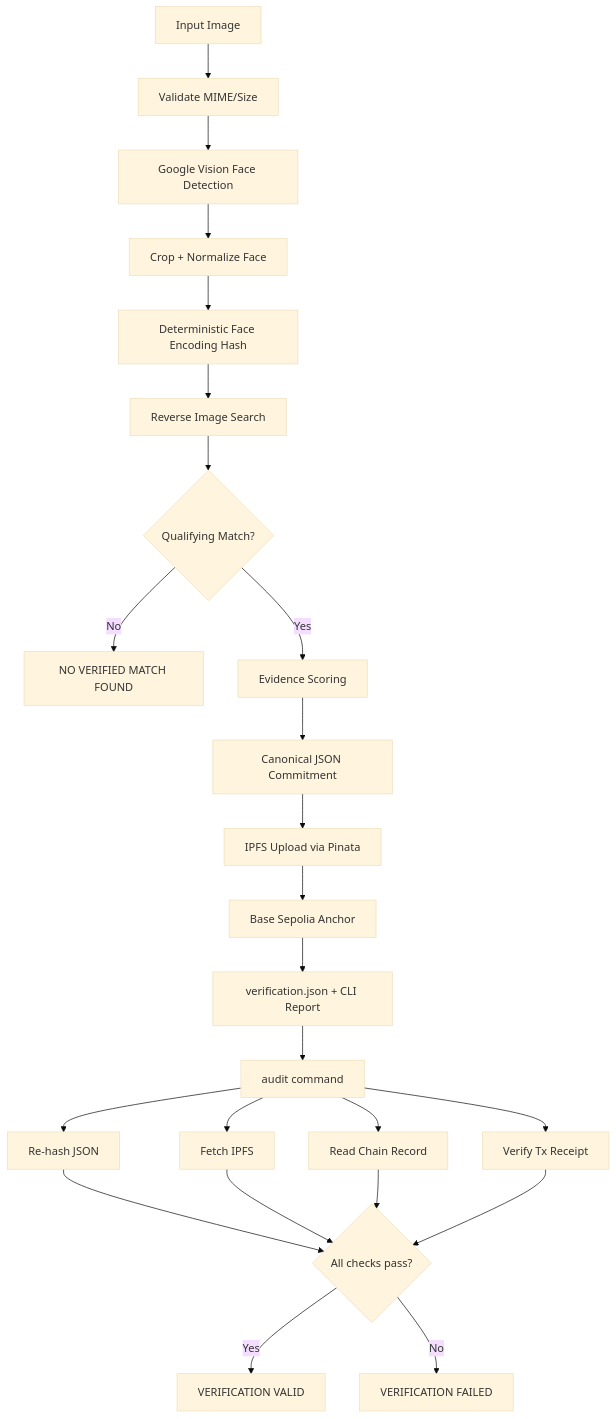
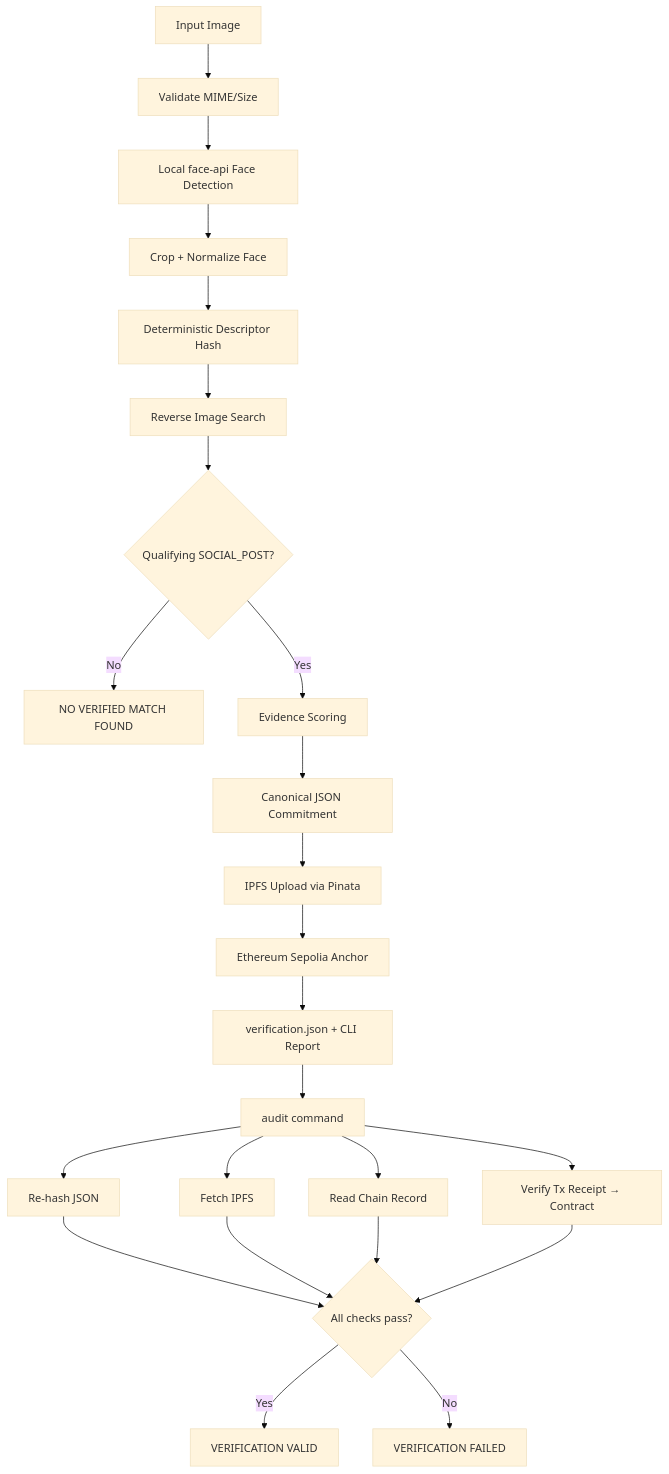
Before and after one commit to nishant-uxs/face-id-blockchain-verification: the first of 3 diagrams in ARCHITECTURE.md, drawn with Mermaid (base theme). The commit also changed other lines of this file and 20 other files, not shown here.

````diff
--- a/ARCHITECTURE.md
+++ b/ARCHITECTURE.md
@@ -7,27 +7,27 @@
 ```mermaid
 flowchart TD
     A[Input Image] --> B[Validate MIME/Size]
-    B --> C[Google Vision Face Detection]
+    B --> C[Local face-api Face Detection]
     C --> D[Crop + Normalize Face]
-    D --> E[Deterministic Face Encoding Hash]
+    D --> E[Deterministic Descriptor Hash]
     E --> F[Reverse Image Search]
-    F --> G{Qualifying Match?}
+    F --> G{Qualifying SOCIAL_POST?}
     G -->|No| H[NO VERIFIED MATCH FOUND]
     G -->|Yes| I[Evidence Scoring]
     I --> J[Canonical JSON Commitment]
     J --> K[IPFS Upload via Pinata]
-    K --> L[Base Sepolia Anchor]
+    K --> L[Ethereum Sepolia Anchor]
     L --> M[verification.json + CLI Report]
 
     M --> N[audit command]
     N --> O[Re-hash JSON]
     N --> P[Fetch IPFS]
     N --> Q[Read Chain Record]
-    N --> R[Verify Tx Receipt]
+    N --> R[Verify Tx Receipt → Contract]
     O --> S{All checks pass?}
     P --> S
     Q --> S
     R --> S
     S -->|Yes| T[VERIFICATION VALID]
     S -->|No| U[VERIFICATION FAILED]
 ```
````
